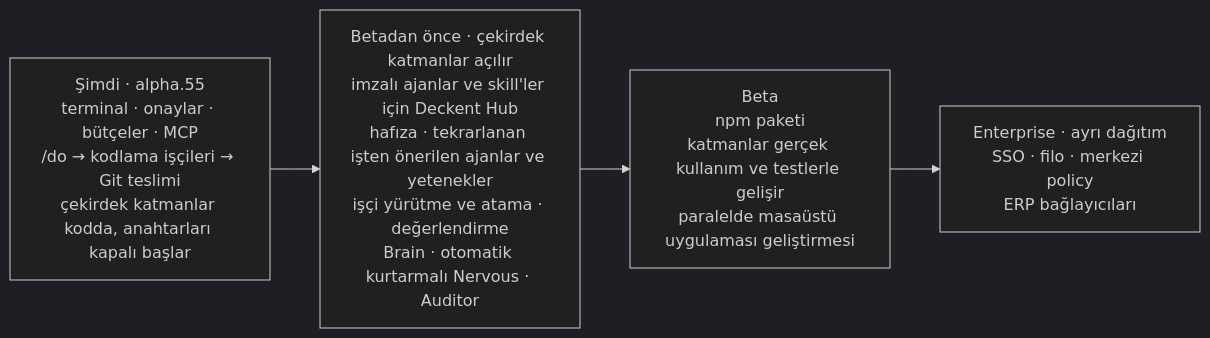
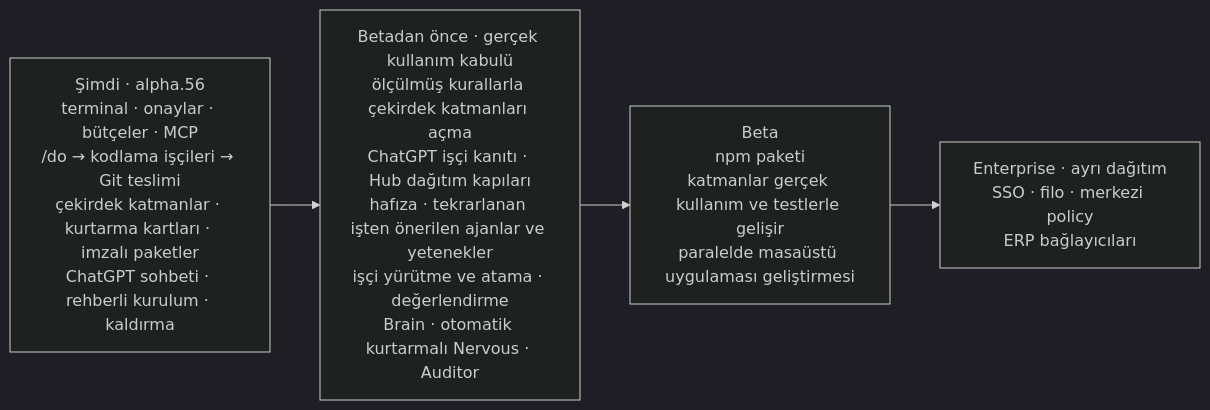
Before and after one commit to Verhex/deckent-next: the sixth of 6 diagrams in README.tr.md, drawn with Mermaid (dark theme). The commit also changed other lines of this file and 10 other files, not shown here.

````diff
--- a/README.tr.md
+++ b/README.tr.md
@@ -536,6 +541,6 @@
 ```mermaid
 flowchart LR
-  N["Şimdi · alpha.55<br/>terminal · onaylar · bütçeler · MCP<br/>/do → kodlama işçileri → Git teslimi<br/>çekirdek katmanlar kodda, anahtarları kapalı başlar"] --> C["Betadan önce · çekirdek katmanlar açılır<br/>imzalı ajanlar ve skill'ler için Deckent Hub<br/>hafıza · tekrarlanan işten önerilen ajanlar ve yetenekler<br/>işçi yürütme ve atama · değerlendirme<br/>Brain · otomatik kurtarmalı Nervous · Auditor"]
+  N["Şimdi · alpha.56<br/>terminal · onaylar · bütçeler · MCP<br/>/do → kodlama işçileri → Git teslimi<br/>çekirdek katmanlar · kurtarma kartları · imzalı paketler<br/>ChatGPT sohbeti · rehberli kurulum · kaldırma"] --> C["Betadan önce · gerçek kullanım kabulü<br/>ölçülmüş kurallarla çekirdek katmanları açma<br/>ChatGPT işçi kanıtı · Hub dağıtım kapıları<br/>hafıza · tekrarlanan işten önerilen ajanlar ve yetenekler<br/>işçi yürütme ve atama · değerlendirme<br/>Brain · otomatik kurtarmalı Nervous · Auditor"]
   C --> B["Beta<br/>npm paketi<br/>katmanlar gerçek kullanım ve testlerle gelişir<br/>paralelde masaüstü uygulaması geliştirmesi"]
   B --> E["Enterprise · ayrı dağıtım<br/>SSO · filo · merkezi policy<br/>ERP bağlayıcıları"]
 ```
````
